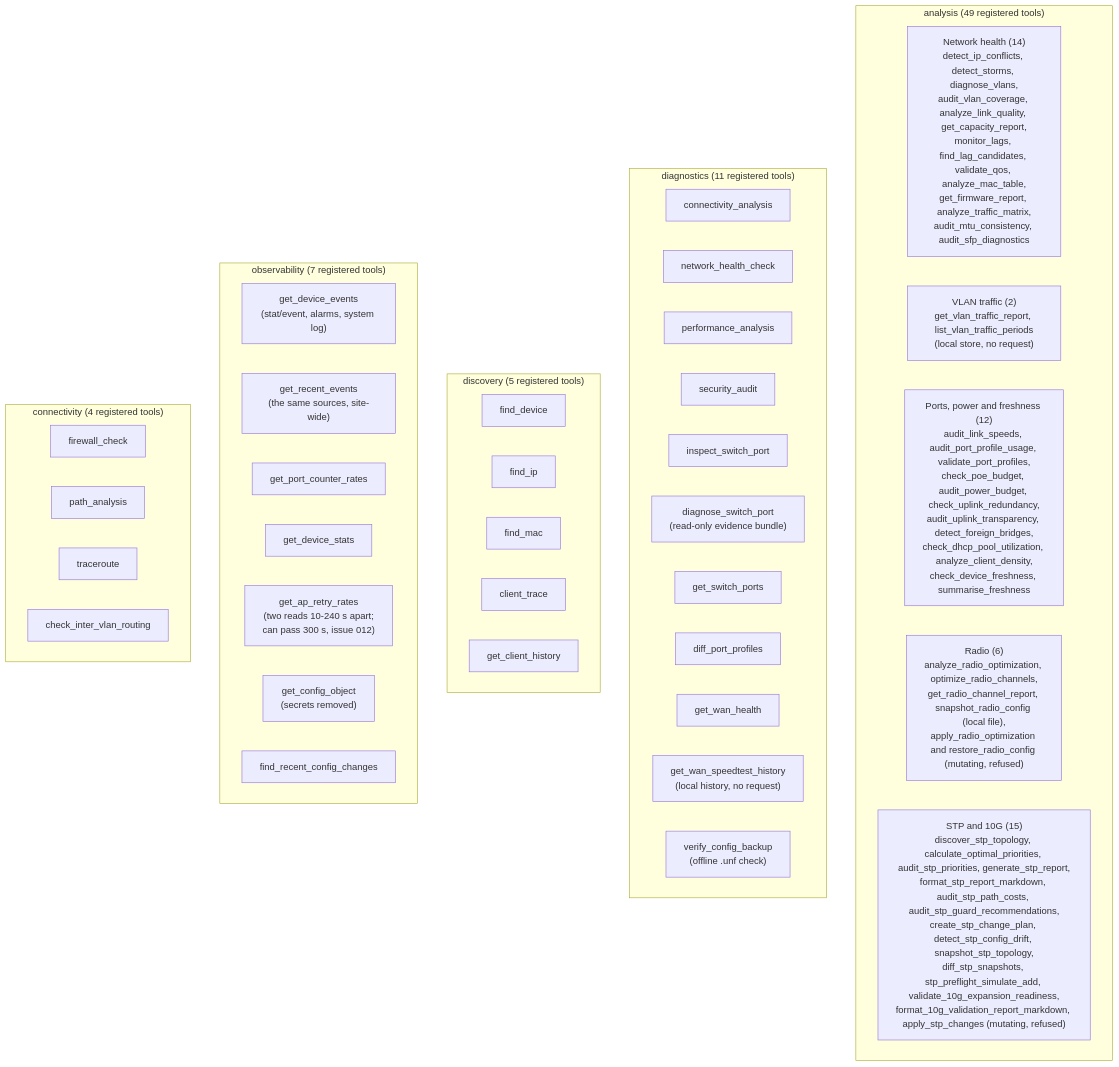
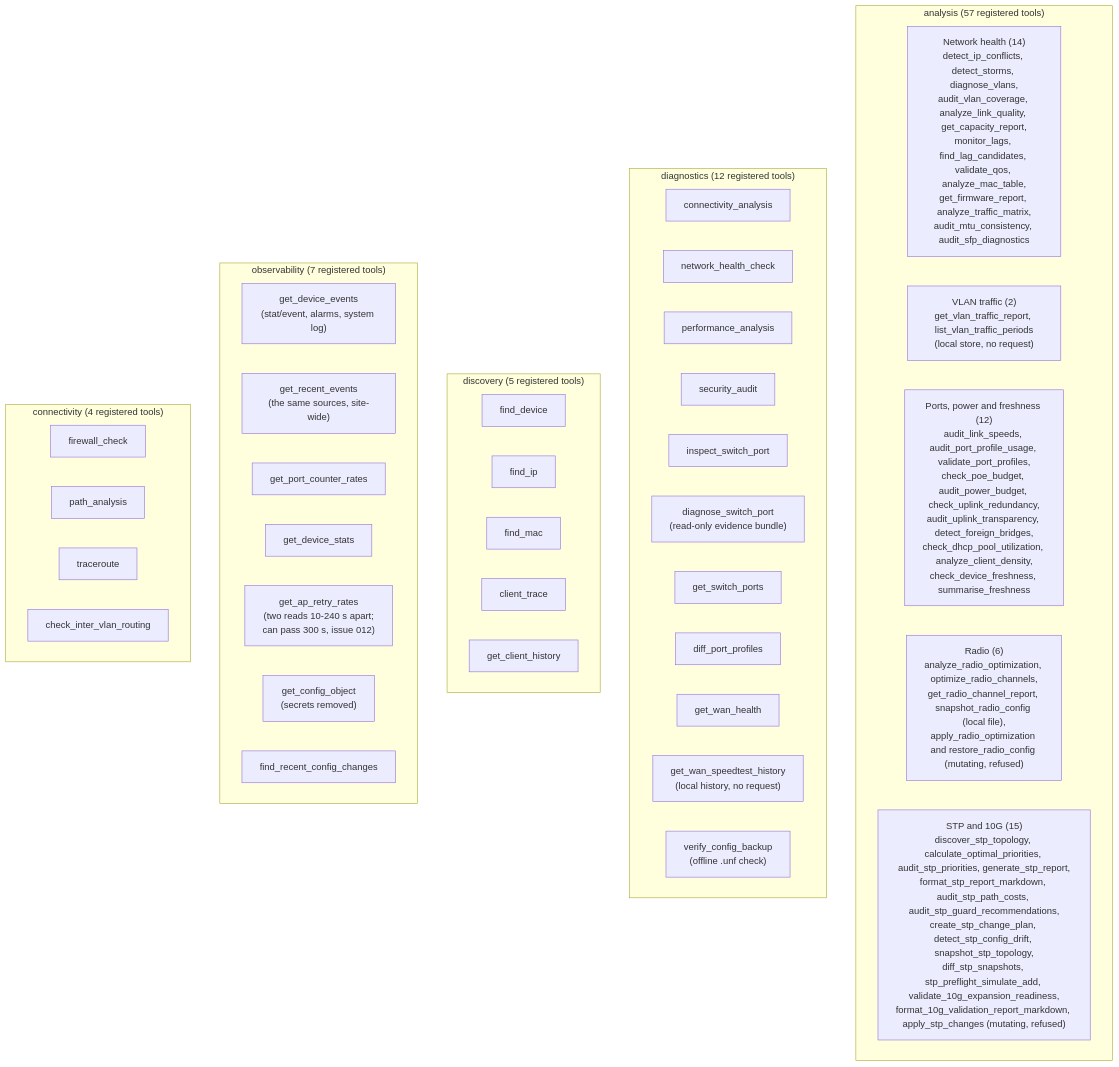
Before and after one commit to NetDevAutomate/unifi_management_cli: the fifth of 21 diagrams in docs/architecture/architecture-overview.md, drawn with Mermaid. The commit also changed other lines of this file and 35 other files, not shown here.

````diff
--- a/docs/architecture/architecture-overview.md
+++ b/docs/architecture/architecture-overview.md
@@ -547,50 +547,50 @@
 ```mermaid
 graph TD
-    subgraph analysis["analysis (49 registered tools)"]
+    subgraph analysis["analysis (57 registered tools)"]
         direction LR
         H["Network health (14)\ndetect_ip_conflicts, detect_storms, diagnose_vlans,\naudit_vlan_coverage, analyze_link_quality, get_capacity_report,\nmonitor_lags, find_lag_candidates, validate_qos, analyze_mac_table,\nget_firmware_report, analyze_traffic_matrix,\naudit_mtu_consistency, audit_sfp_diagnostics"]
         V["VLAN traffic (2)\nget_vlan_traffic_report, list_vlan_traffic_periods\n(local store, no request)"]
         P["Ports, power and freshness (12)\naudit_link_speeds, audit_port_profile_usage, validate_port_profiles,\ncheck_poe_budget, audit_power_budget, check_uplink_redundancy,\naudit_uplink_transparency, detect_foreign_bridges,\ncheck_dhcp_pool_utilization, analyze_client_density,\ncheck_device_freshness, summarise_freshness"]
         R["Radio (6)\nanalyze_radio_optimization, optimize_radio_channels,\nget_radio_channel_report, snapshot_radio_config (local file),\napply_radio_optimization and restore_radio_config (mutating, refused)"]
         S["STP and 10G (15)\ndiscover_stp_topology, calculate_optimal_priorities, audit_stp_priorities, generate_stp_report,\nformat_stp_report_markdown, audit_stp_path_costs, audit_stp_guard_recommendations,\ncreate_stp_change_plan, detect_stp_config_drift, snapshot_stp_topology,\ndiff_stp_snapshots, stp_preflight_simulate_add, validate_10g_expansion_readiness,\nformat_10g_validation_report_markdown, apply_stp_changes (mutating, refused)"]
     end
 
-    subgraph diagnostics["diagnostics (11 registered tools)"]
+    subgraph diagnostics["diagnostics (12 registered tools)"]
         D1["connectivity_analysis"]
         D2["network_health_check"]
         D3["performance_analysis"]
         D4["security_audit"]
         D5["inspect_switch_port"]
         D6["diagnose_switch_port\n(read-only evidence bundle)"]
         D7["get_switch_ports"]
         D8["diff_port_profiles"]
         D9["get_wan_health"]
         D10["get_wan_speedtest_history\n(local history, no request)"]
         D11["verify_config_backup\n(offline .unf check)"]
     end
 
     subgraph discovery["discovery (5 registered tools)"]
         DS1["find_device"]
         DS2["find_ip"]
         DS3["find_mac"]
         DS4["client_trace"]
         DS5["get_client_history"]
     end
 
     subgraph observability["observability (7 registered tools)"]
         O1["get_device_events\n(stat/event, alarms, system log)"]
         O7["get_recent_events\n(the same sources, site-wide)"]
         O2["get_port_counter_rates"]
         O3["get_device_stats"]
         O4["get_ap_retry_rates\n(two reads 10-240 s apart;\ncan pass 300 s, issue 012)"]
         O5["get_config_object\n(secrets removed)"]
         O6["find_recent_config_changes"]
     end
 
     subgraph connectivity["connectivity (4 registered tools)"]
         C1["firewall_check"]
         C2["path_analysis"]
         C3["traceroute"]
         C4["check_inter_vlan_routing"]
     end
 ```
````
